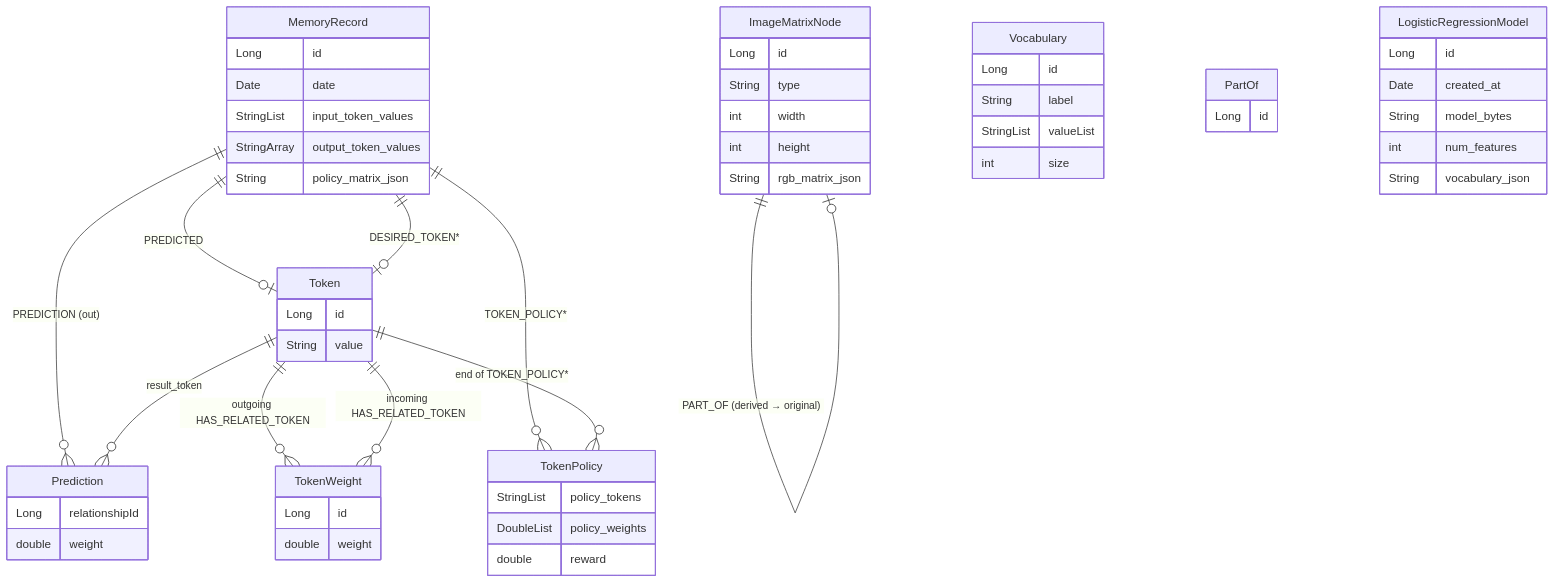
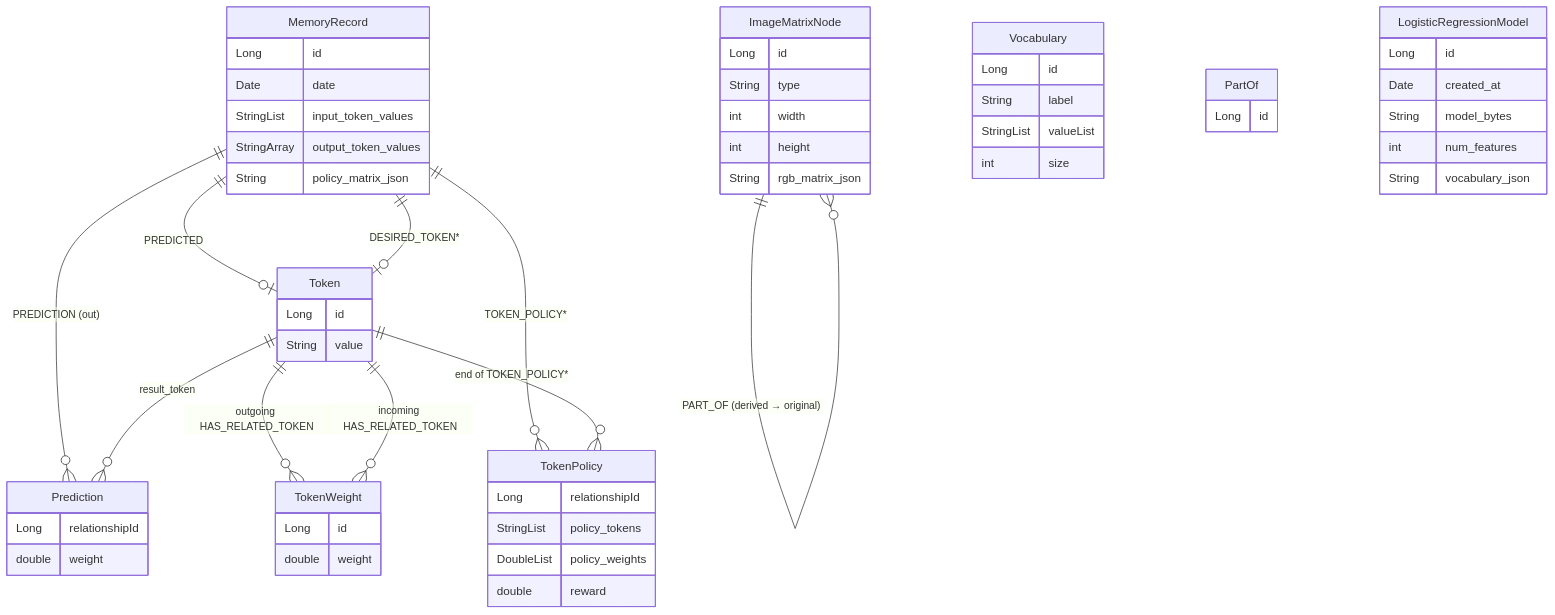
The diagram in docs/DATA_MODEL.md (brandonkindred/Deepthought), drawn with Mermaid before and after one commit. The commit also changed other lines of this file and 2 other files, not shown here.

````diff
--- a/docs/DATA_MODEL.md
+++ b/docs/DATA_MODEL.md
@@ -17,60 +17,61 @@
 ```mermaid
 erDiagram
     Token ||--o{ TokenWeight : "outgoing HAS_RELATED_TOKEN"
     Token ||--o{ TokenWeight : "incoming HAS_RELATED_TOKEN"
     MemoryRecord ||--o{ Prediction : "PREDICTION (out)"
     Token ||--o{ Prediction : "result_token"
     MemoryRecord ||--o| Token : "PREDICTED"
     MemoryRecord ||--o| Token : "DESIRED_TOKEN*"
     MemoryRecord ||--o{ TokenPolicy : "TOKEN_POLICY*"
     Token ||--o{ TokenPolicy : "end of TOKEN_POLICY*"
-    ImageMatrixNode ||--o| ImageMatrixNode : "PART_OF (derived → original)"
+    ImageMatrixNode ||--o{ ImageMatrixNode : "PART_OF (derived → original)"
 
     Token {
         Long id
         String value
     }
     Vocabulary {
         Long id
         String label
         StringList valueList
         int size
     }
     MemoryRecord {
         Long id
         Date date
         StringList input_token_values
         StringArray output_token_values
         String policy_matrix_json
     }
     TokenWeight {
         Long id
         double weight
     }
     Prediction {
         Long relationshipId
         double weight
     }
     TokenPolicy {
+        Long relationshipId
         StringList policy_tokens
         DoubleList policy_weights
         double reward
     }
     ImageMatrixNode {
         Long id
         String type
         int width
         int height
         String rgb_matrix_json
     }
     PartOf {
         Long id
     }
     LogisticRegressionModel {
         Long id
         Date created_at
         String model_bytes
         int num_features
         String vocabulary_json
     }
 ```
````
